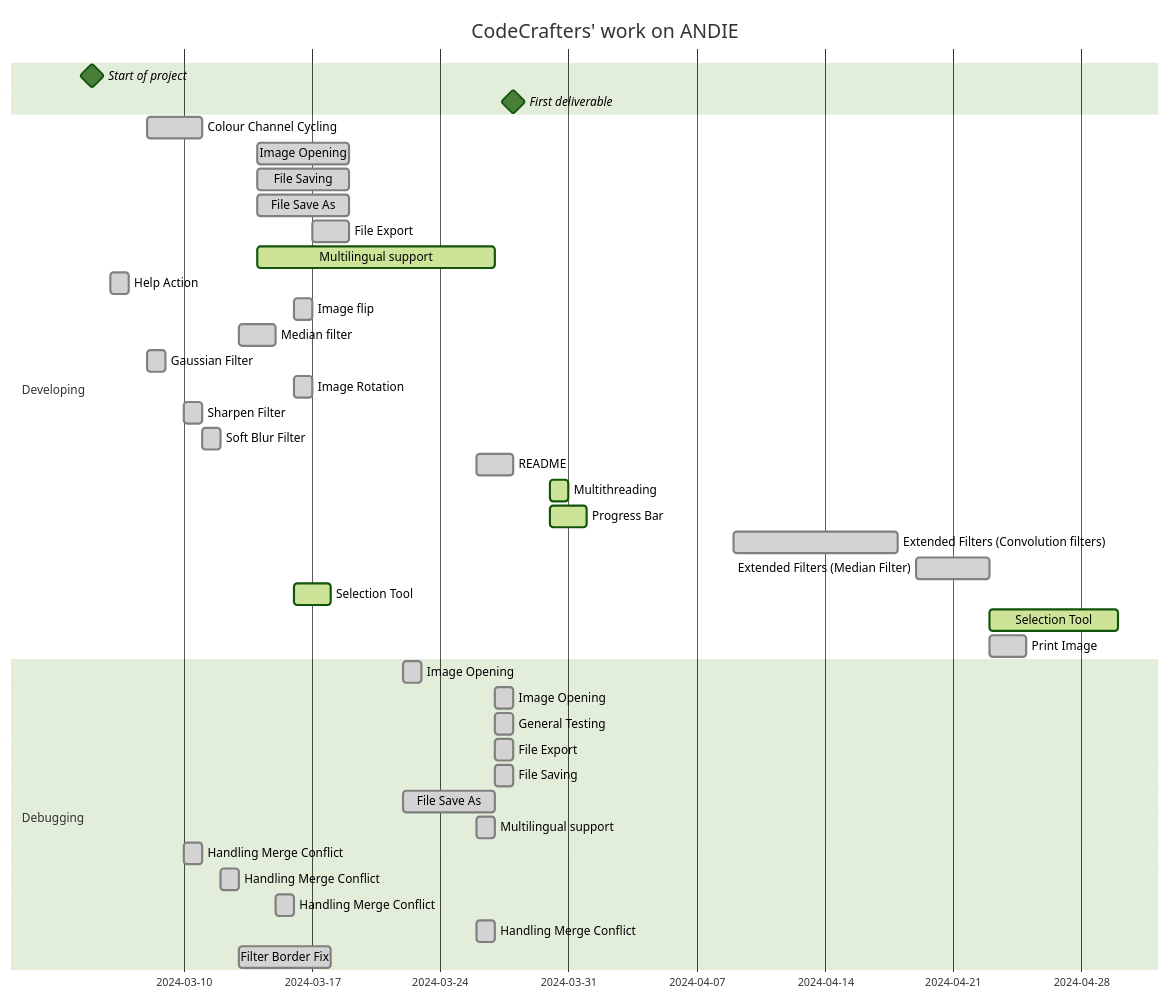
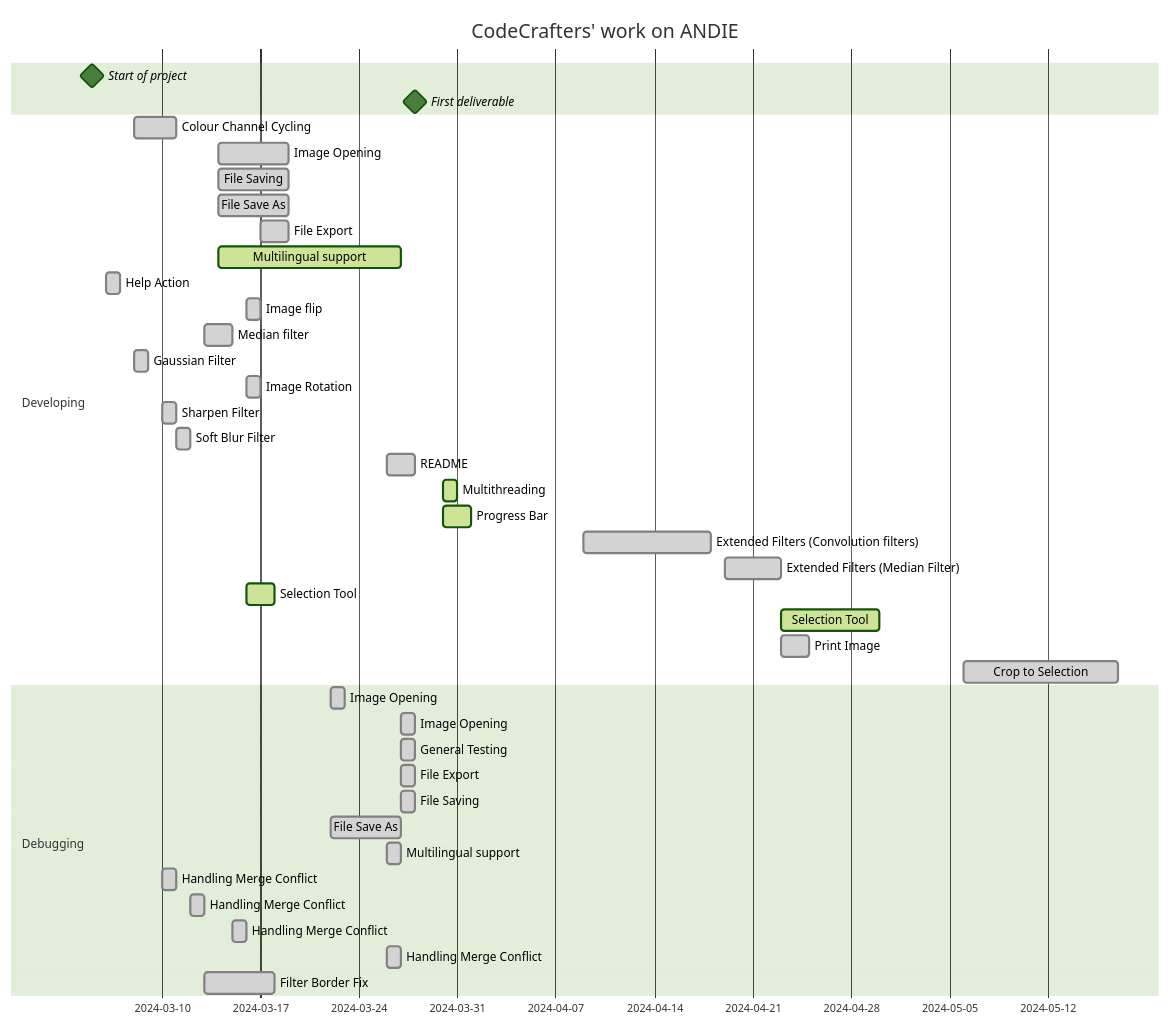
The diagram in README.md (greateden/ANDIE-CodeCrafters), drawn with Mermaid before and after one commit.

Commit message:
README Gnatt diagram updated

````diff
--- a/README.md
+++ b/README.md
@@ -168,53 +168,54 @@
 ```mermaid
 
 %% CodeCrafters' Gantt Chart for our work on ANDIE
 %%{init: {'theme':'forest'}}%%
         gantt
         title CodeCrafters' work on ANDIE
         dateFormat  DD-MM-YYYY
         Start of project: milestone, m1,05-03-2024,
         First deliverable: milestone, m2, 28-03-2024,
 
         section Developing
             Colour Channel Cycling              :done, des1, 08-03-2024, 3d
             Image Opening                       :done,  des2, 14-03-2024, 19-03-2024
             File Saving                         :done,  des2, 14-03-2024, 19-03-2024
             File Save As                        :done,  des2, 14-03-2024, 19-03-2024
             File Export                         :done,  des2, 17-03-2024, 19-03-2024
             Multilingual support                :active, des2, 14-03-2024, 27-03-2024
             Help Action                         :done, des1, 06-03-2024, 07-03-2024
             Image flip                          :done, des1, 16-03-2024, 17-03-2024
             Median filter                       :done, des2, 13-03-2024, 15-03-2024
             Gaussian Filter               :done, 08-03-2024, 09-03-2024
             Image Rotation                :done, 16-03-2024, 17-03-2024
             Sharpen Filter                 :done, des2, 10-03-2024, 11-03-2024
             Soft Blur Filter               :done, des2, 11-03-2024, 12-03-2024
             README                         :done, des2, 26-03-2024, 28-03-2024
             Multithreading                :active, des2, 30-03-2024, 31-03-2024
             Progress Bar                   :active, des2, 30-03-2024, 01-04-2024
             Extended Filters (Convolution filters) :done, des2, 09-04-2024, 18-04-2024
             Extended Filters (Median Filter) :done, des2, 19-04-2024, 23-04-2024
             Selection Tool                 :active, des2, 16-03-2024, 18-03-2024
             Selection Tool                 :active, des2, 23-04-2024, 30-04-2024
             Print Image                    :done, des2, 23-04-2024, 25-04-2024
+            Crop to Selection              :done, des2, 06-05-2024, 17-05-2024
 
 
 
 
         section Debugging
             Image Opening                      :done , 22-03-2024, 23-03-2024
             Image Opening                      :done , 27-03-2024, 28-03-2024
             General Testing                    :done, 27-03-2024, 28-03-2024
             File Export                         :done, 27-03-2024, 28-03-2024
             File Saving                         :done, 27-03-2024, 28-03-2024
             File Save As                        :done, 22-03-2024, 27-03-2024
             Multilingual support                :done, 26-03-2024, 27-03-2024
             Handling Merge Conflict             :done, 10-03-2024, 11-03-2024
             Handling Merge Conflict             :done, 12-03-2024, 13-03-2024
             Handling Merge Conflict             :done, 15-03-2024, 16-03-2024
             Handling Merge Conflict             :done, 26-03-2024, 27-03-2024
             Filter Border Fix                   :done, 13-03-2024, 18-03-2024
 
 
 
 ```
````
